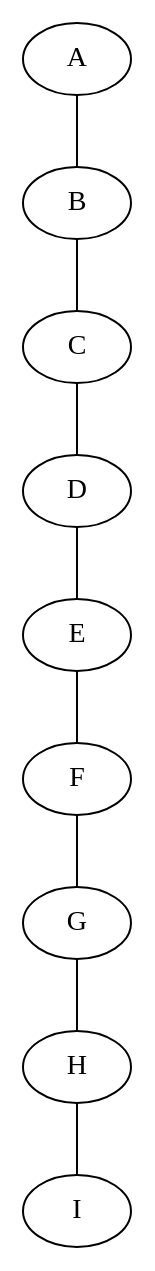
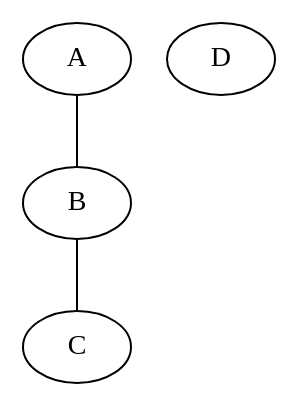
The diagram in output/graph.dot (RoscaS/algo_graph), drawn with Graphviz before and after one commit. The commit also changed 2 other files, not shown here.

```diff
--- a/output/graph.dot
+++ b/output/graph.dot
@@ -1,20 +1,9 @@
 graph G {
 	A;
 	B;
 	C;
-	D;
-	E;
-	F;
-	G;
-	H;
-	I;
-	H -- I;
-	G -- H;
-	F -- G;
-	E -- F;
-	D -- E;
-	C -- D;
 	B -- C;
 	A -- B;
+	D;
 
 }
```
